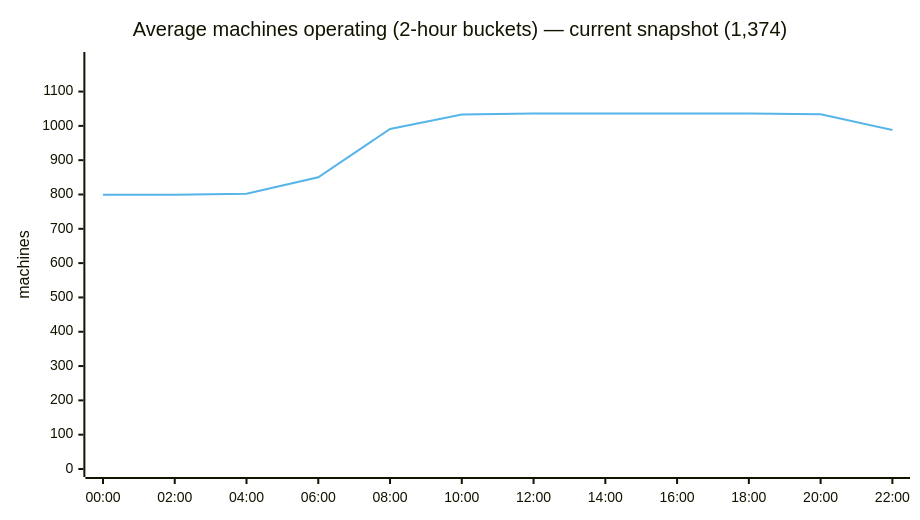
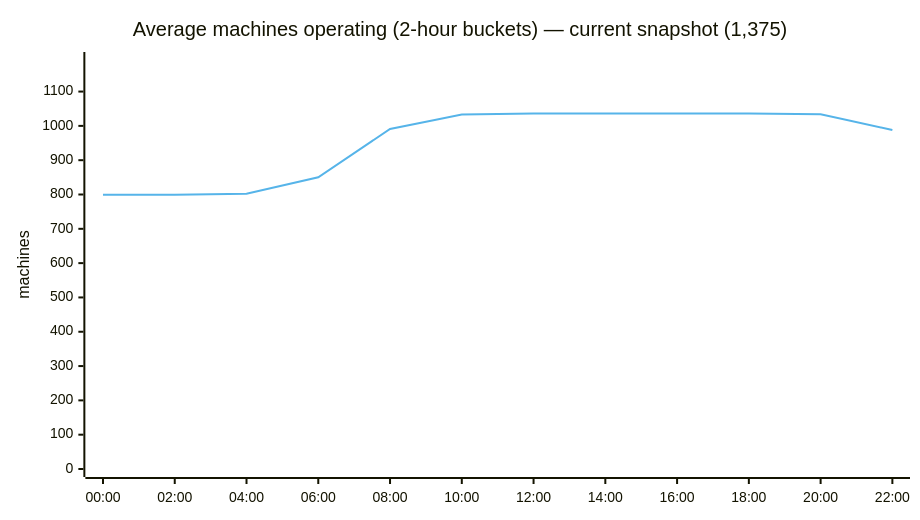
One commit to cheeaun/returnright-data changed the second of 5 diagrams in ANALYSIS.md. Above: the diagram before and after it, drawn with Mermaid. The commit also changed other lines of this file and 4 other files, not shown here.

````diff
--- a/ANALYSIS.md
+++ b/ANALYSIS.md
@@ -68,15 +64,15 @@
 ```mermaid
 ---
 config:
   themeVariables:
     xyChart:
       plotColorPalette: "#56B4E9"
   xyChart:
     width: 900
 ---
 xychart-beta
-    title "Average machines operating (2-hour buckets) — current snapshot (1,374)"
+    title "Average machines operating (2-hour buckets) — current snapshot (1,375)"
     x-axis ["00:00", "02:00", "04:00", "06:00", "08:00", "10:00", "12:00", "14:00", "16:00", "18:00", "20:00", "22:00"]
     y-axis "machines" 0 --> 1192
     line [799, 799, 802, 850, 991, 1033, 1036, 1036, 1036, 1036, 1034, 988]
 ```
````
